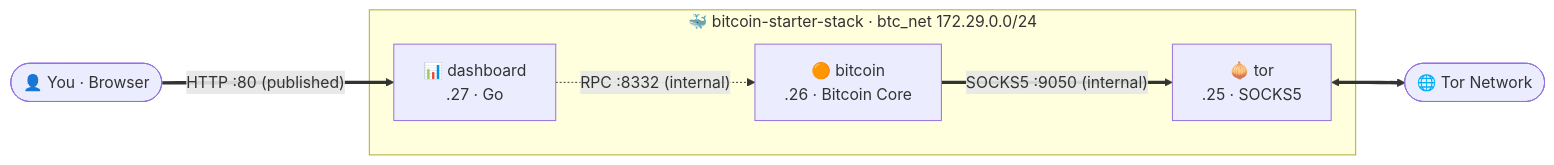
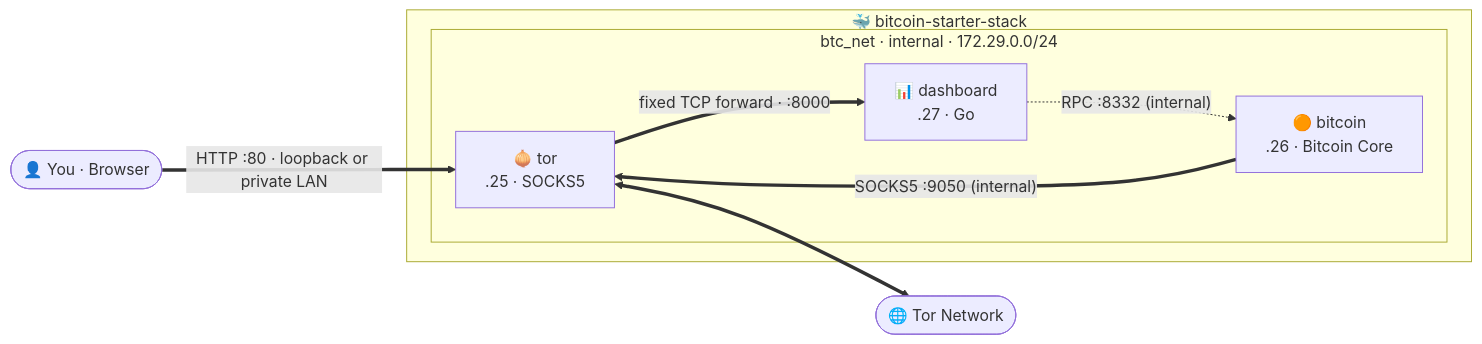
Before and after one commit to VijitSingh97/bitcoin-starter-stack: the diagram in docs/architecture.md, drawn with Mermaid. The commit also changed other lines of this file and 38 other files, not shown here.

````diff
--- a/docs/architecture.md
+++ b/docs/architecture.md
@@ -6,16 +6,19 @@
 ```mermaid
 flowchart LR
     You(["👤 You · Browser"])
     Net(["🌐 Tor Network"])
 
-    subgraph stack ["🐳 bitcoin-starter-stack · btc_net 172.29.0.0/24"]
+    subgraph stack ["🐳 bitcoin-starter-stack"]
+      subgraph internal ["btc_net · internal · 172.29.0.0/24"]
         Dashboard["📊 dashboard<br/>.27 · Go"]
         Bitcoin["🟠 bitcoin<br/>.26 · Bitcoin Core"]
         Tor["🧅 tor<br/>.25 · SOCKS5"]
+      end
     end
 
-    You ==>|"HTTP :80 (published)"| Dashboard
+    You ==>|"HTTP :80 · loopback or private LAN"| Tor
+    Tor ==>|"fixed TCP forward · :8000"| Dashboard
     Dashboard -.->|"RPC :8332 (internal)"| Bitcoin
     Bitcoin ==>|"SOCKS5 :9050 (internal)"| Tor
     Tor <==> Net
 ```
````
